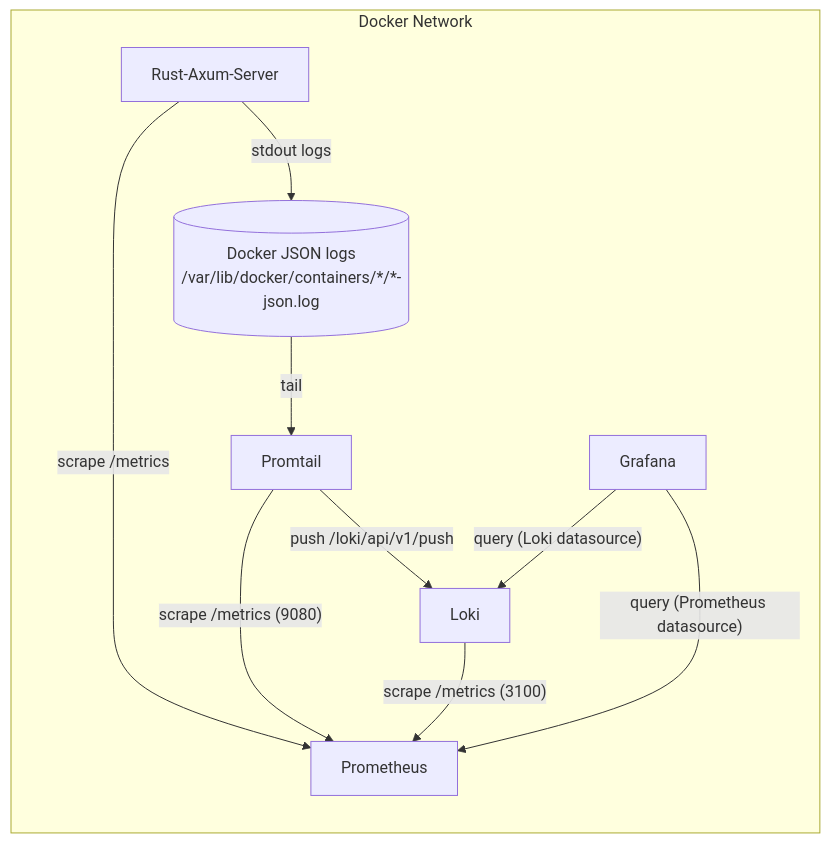
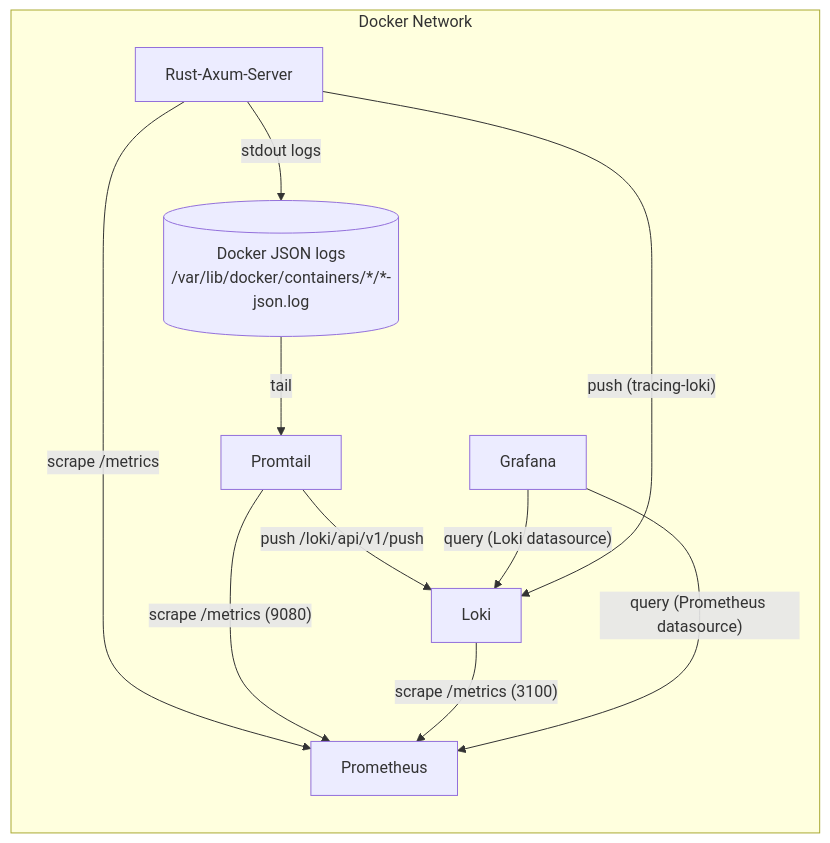
The diagram in readme.md (oxide-byte/rust-observability), drawn with Mermaid before and after one commit. The commit also changed other lines of this file and 3 other files, not shown here.

Commit message:
Add tracing-loki Cargo

````diff
--- a/readme.md
+++ b/readme.md
@@ -40,23 +40,26 @@
 ```mermaid
 flowchart LR
   subgraph Docker Network
     A[Rust-Axum-Server]
     D[(Docker JSON logs<br/>/var/lib/docker/containers/*/*-json.log)]
     PT[Promtail]
     L[Loki]
     PR[Prometheus]
     G[Grafana]
   end
 
-  %% Logs flow
+  %% Logs flow (1)
   A -- stdout logs --> D
   D -- tail --> PT
   PT -- push /loki/api/v1/push --> L
   G -- query (Loki datasource) --> L
+
+  %% Logs flow (2)
+  A -- push (tracing-loki) --> L
 
   %% Metrics flow
   A -- scrape /metrics --> PR
   PT -- scrape /metrics (9080) --> PR
   L -- scrape /metrics (3100) --> PR
   G -- query (Prometheus datasource) --> PR
 ```
````
